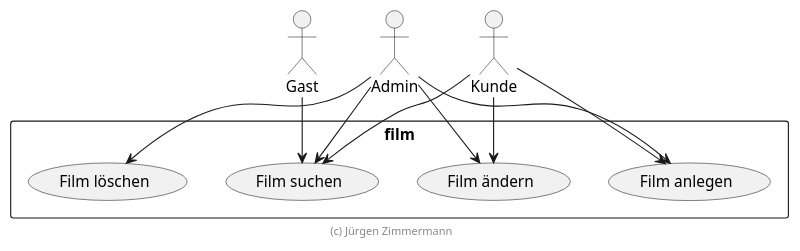
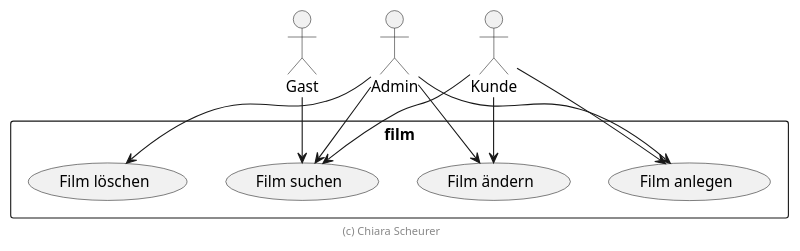
The diagram in .extras/doc/entwicklerhandbuch/use-cases.plantuml (Yuszi/Film), drawn with PlantUML before and after one commit. The commit also changed other lines of this file and 5 other files, not shown here.

Commit message:
PlantUML fertig

```diff
--- a/.extras/doc/entwicklerhandbuch/use-cases.plantuml
+++ b/.extras/doc/entwicklerhandbuch/use-cases.plantuml
@@ -18,20 +1,20 @@
 @startuml Use Cases
 
 actor Gast
 actor Admin
 actor Kunde
 
 rectangle film {
     Gast --> (Film suchen)
     Admin --> (Film suchen)
     Admin --> (Film anlegen)
     Admin --> (Film ändern)
     Admin --> (Film löschen)
     Kunde --> (Film suchen)
     Kunde --> (Film anlegen)
     Kunde --> (Film ändern)
 }
 
-footer (c) Jürgen Zimmermann
+footer (c) Chiara Scheurer
 
-@enduml
+@endum
```
